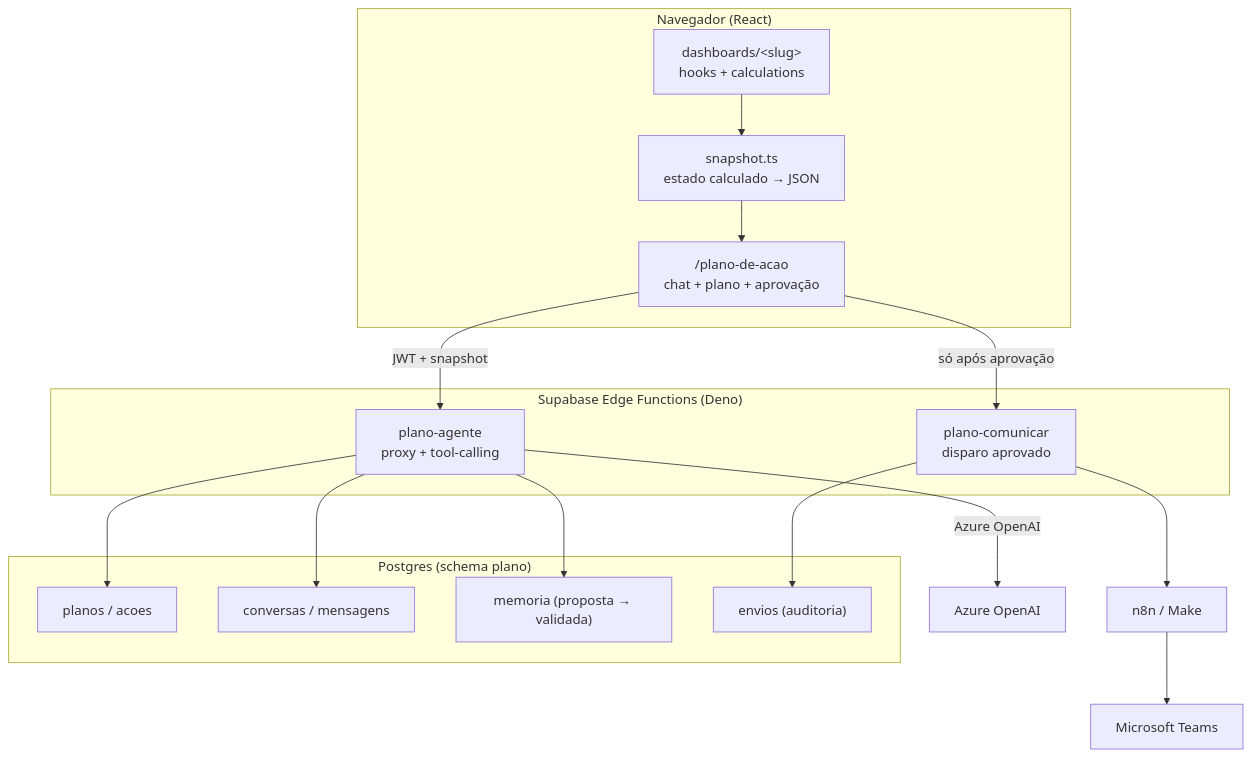
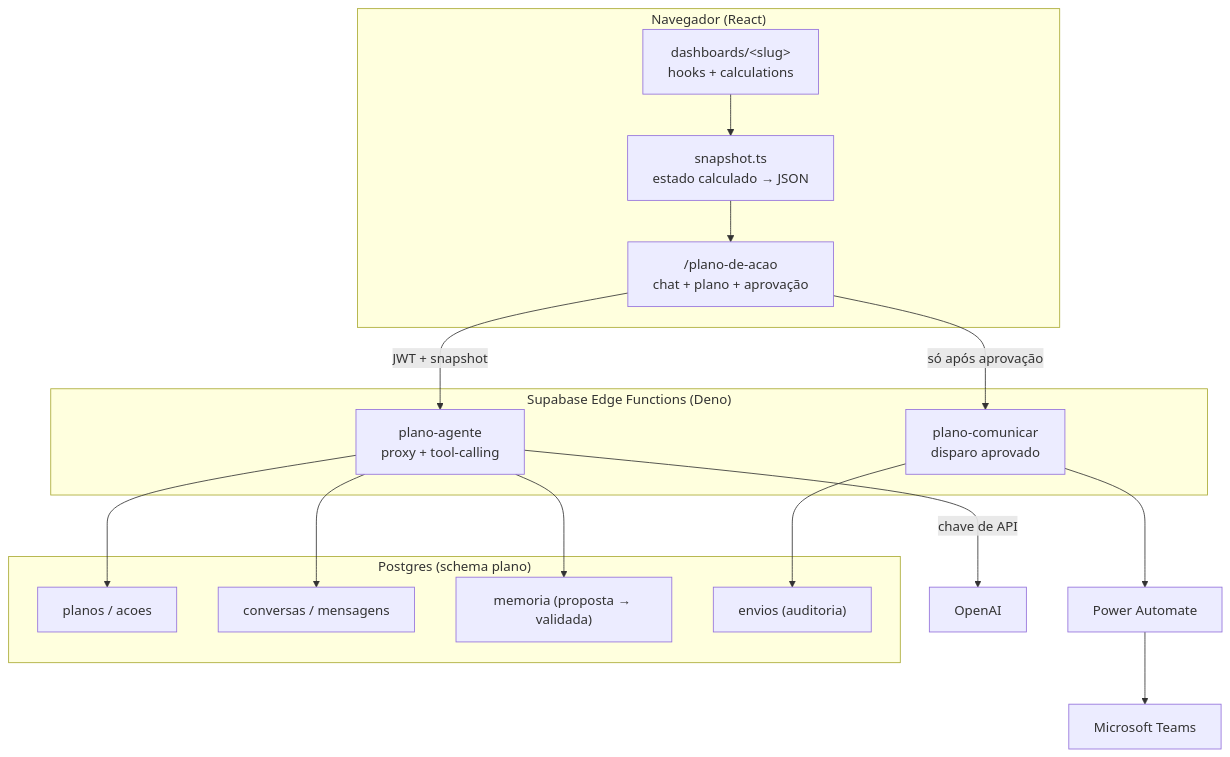
The diagram in docs/plano-de-acao-arquitetura.md (tifmp-hostinger/BI-NOVO), drawn with Mermaid before and after one commit. The commit also changed other lines of this file and 1 other file, not shown here.

First line of the commit message:
Plano de acao: erros de LLM mais claros e desenho de comunicacao via Power Automate

````diff
--- a/docs/plano-de-acao-arquitetura.md
+++ b/docs/plano-de-acao-arquitetura.md
@@ -40,28 +41,28 @@
 ```mermaid
 flowchart TB
   subgraph NAV["Navegador (React)"]
     D["dashboards/&lt;slug&gt;<br/>hooks + calculations"]
     S["snapshot.ts<br/>estado calculado → JSON"]
     P["/plano-de-acao<br/>chat + plano + aprovação"]
     D --> S --> P
   end
 
   subgraph EDGE["Supabase Edge Functions (Deno)"]
     A["plano-agente<br/>proxy + tool-calling"]
     C["plano-comunicar<br/>disparo aprovado"]
   end
 
   subgraph DB["Postgres (schema plano)"]
     T1["planos / acoes"]
     T2["conversas / mensagens"]
     T3["memoria (proposta → validada)"]
     T4["envios (auditoria)"]
   end
 
   P -->|JWT + snapshot| A
-  A -->|Azure OpenAI| LLM["Azure OpenAI"]
+  A -->|chave de API| LLM["OpenAI"]
   A --> T1 & T2 & T3
   P -->|só após aprovação| C
-  C --> N8N["n8n / Make"] --> TEAMS["Microsoft Teams"]
+  C --> PA["Power Automate"] --> TEAMS["Microsoft Teams"]
   C --> T4
 ```
````
